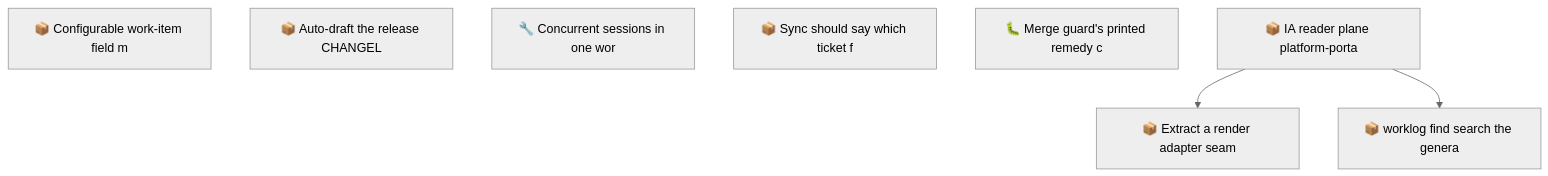
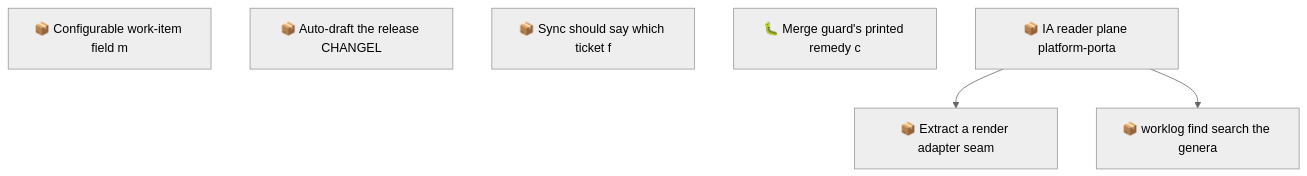
Before and after one commit to SpillwaveSolutions/wiki_ticket_sdd: the second of 2 diagrams in docs/roadmap.md, drawn with Mermaid (neutral theme). The commit also changed other lines of this file and 21 other files, not shown here.

First line of the commit message:
ops(worklog): warn when two sessions share one working directory (#236)

````diff
--- a/docs/roadmap.md
+++ b/docs/roadmap.md
@@ -71,13 +69,12 @@
 ```mermaid
 graph TD
     01KY5NE0ZYGBWG44N0KPEBFCZ8["📦 Configurable work-item field m"]
     01KYAC0AC01R4C6W7YY1X8NVRV["📦 Auto-draft the release CHANGEL"]
-    01KYNHEV5GCR1MDNECAXFT0GK2["🔧 Concurrent sessions in one wor"]
     01KYNHEVDSD4BTASXCTV88Q80Q["📦 Sync should say which ticket f"]
     01KYWGJD1QCQRM6V6S0MWN5SCW["🐛 Merge guard's printed remedy c"]
     01KYWGM3KPNQNSWV03FRG23ADB["📦 IA reader plane platform-porta"]
     01KYWGM3R13Q33YZ3PJA3V7QMD["📦 Extract a render adapter seam"]
     01KYWGM3W958F3QK4HB52X1Q1X["📦 worklog find search the genera"]
     01KYWGM3KPNQNSWV03FRG23ADB --> 01KYWGM3R13Q33YZ3PJA3V7QMD
     01KYWGM3KPNQNSWV03FRG23ADB --> 01KYWGM3W958F3QK4HB52X1Q1X
 ```
````
